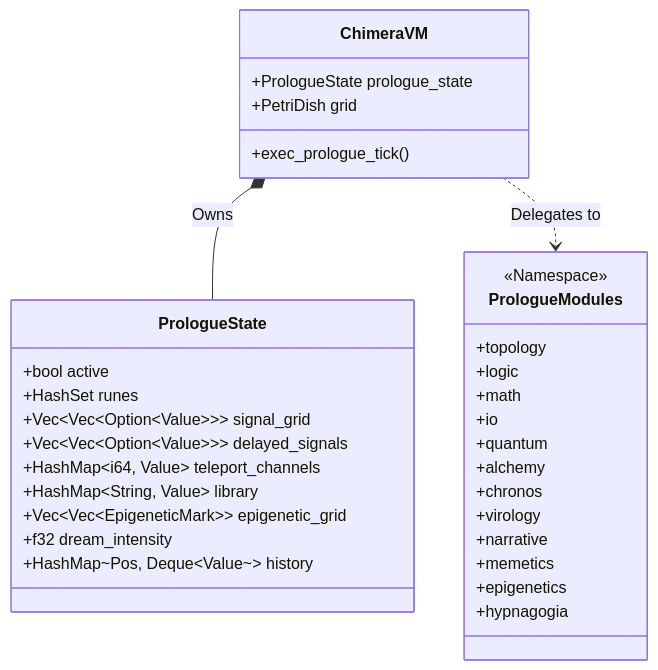
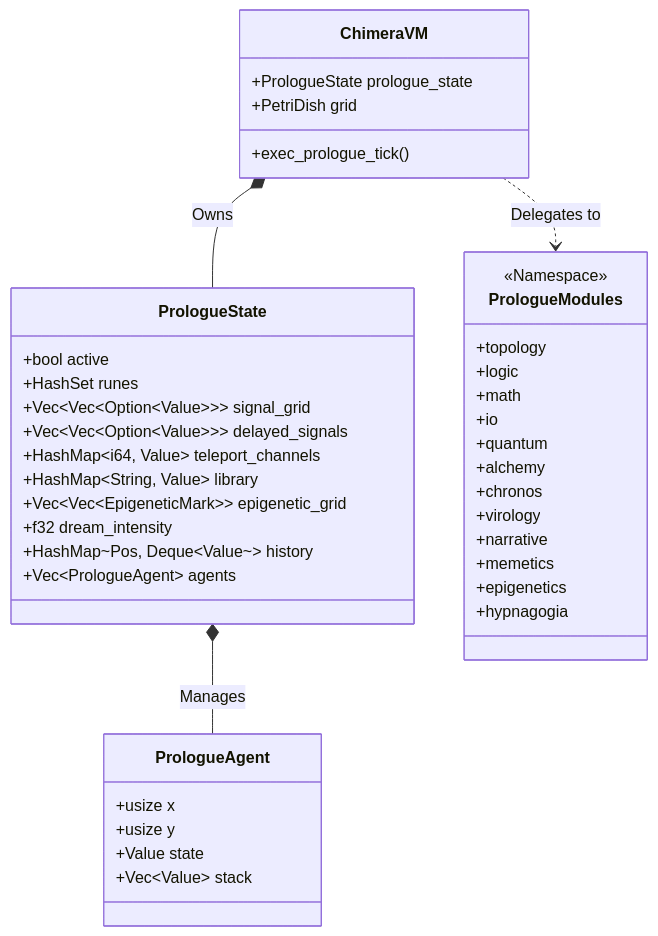
One commit to madmax983/skunkworks changed diagram 44 of 55 in docs/architecture.md. Above: the diagram before and after it, drawn with Mermaid. The commit also changed other lines of this file and 4 other files, not shown here.

First line of the commit message:
docs: update architecture, ADRs for security and experiments

````diff
--- a/docs/architecture.md
+++ b/docs/architecture.md
@@ -1143,40 +1143,49 @@
 ```mermaid
 classDiagram
     direction TB
     class ChimeraVM {
         +PrologueState prologue_state
         +PetriDish grid
         +exec_prologue_tick()
     }
 
     class PrologueState {
         +bool active
         +HashSet runes
         +Vec~Vec~Option~Value~~~ signal_grid
         +Vec~Vec~Option~Value~~~ delayed_signals
         +HashMap~i64, Value~ teleport_channels
         +HashMap~String, Value~ library
         +Vec~Vec~EpigeneticMark~~ epigenetic_grid
         +f32 dream_intensity
         +HashMap~Pos, Deque~Value~~ history
+        +Vec~PrologueAgent~ agents
+    }
+
+    class PrologueAgent {
+        +usize x
+        +usize y
+        +Value state
+        +Vec~Value~ stack
     }
 
     class PrologueModules {
         <<Namespace>>
         +topology
         +logic
         +math
         +io
         +quantum
         +alchemy
         +chronos
         +virology
         +narrative
         +memetics
         +epigenetics
         +hypnagogia
     }
 
     ChimeraVM *-- PrologueState : Owns
+    PrologueState *-- PrologueAgent : Manages
     ChimeraVM ..> PrologueModules : Delegates to
 ```
````
